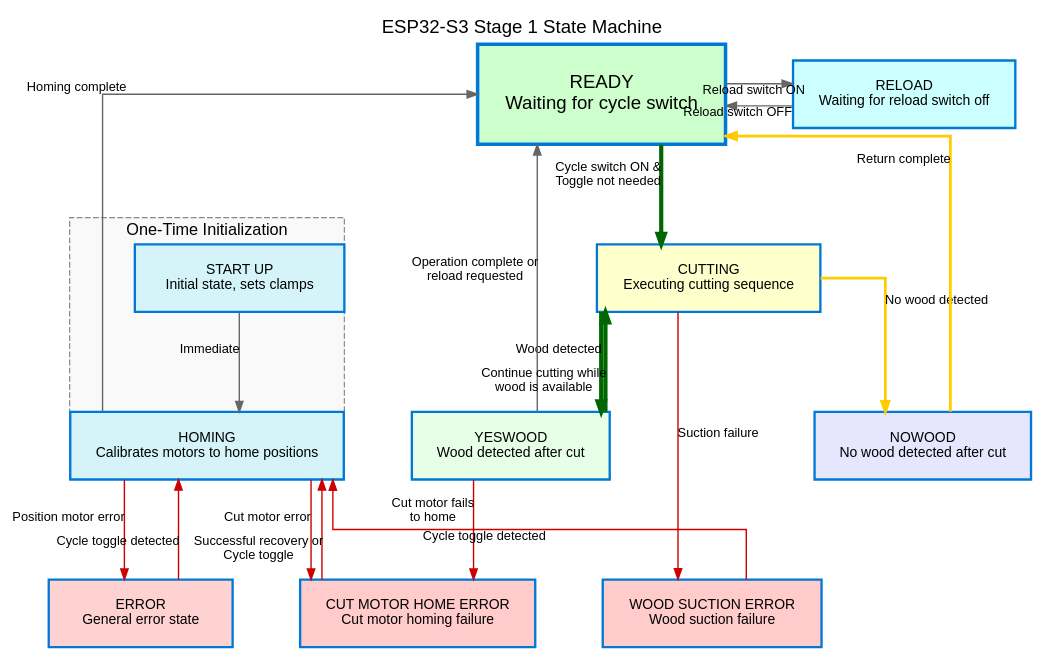
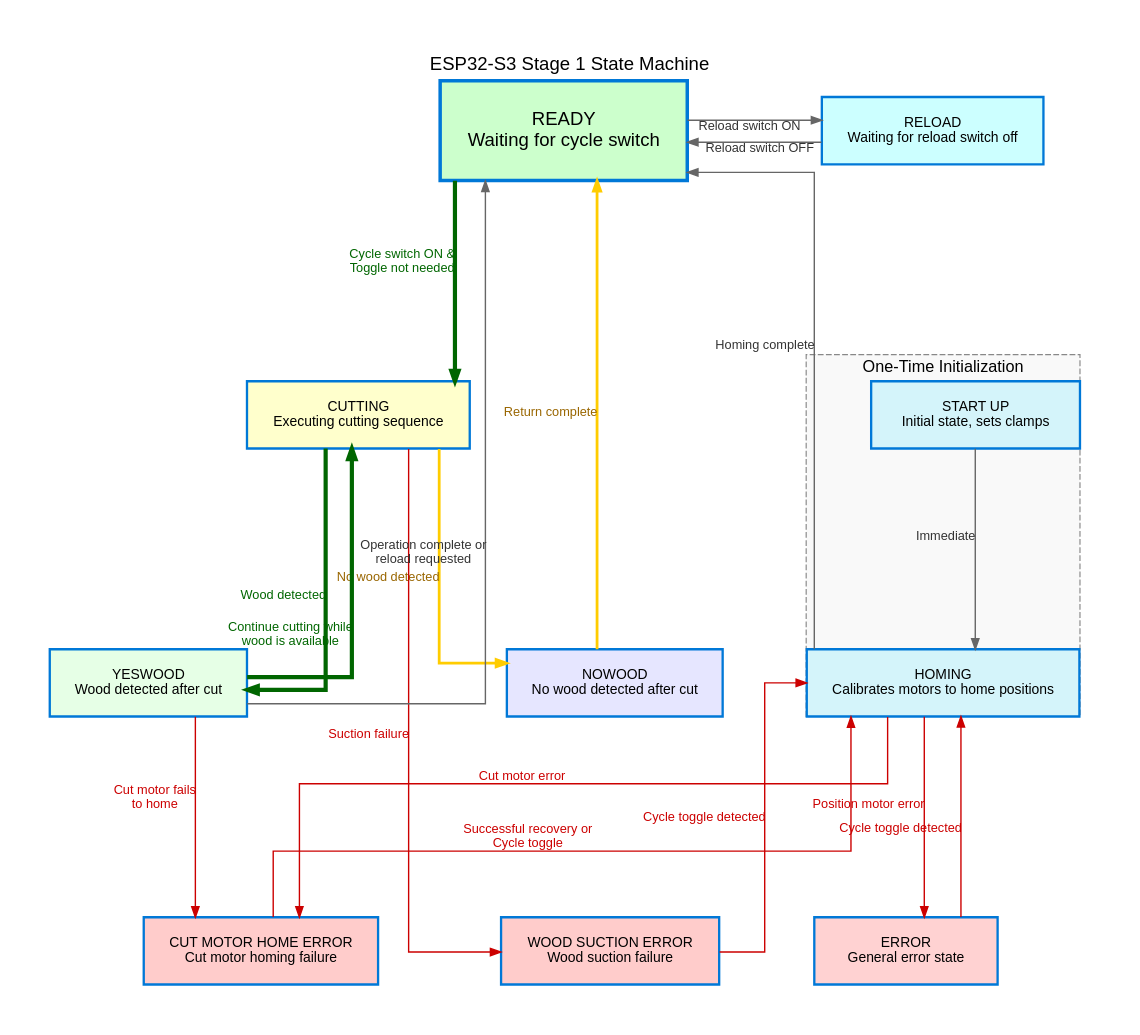
Before and after one commit to akivaweil/Stage-1-Mar25: the diagram in flowcharts/state_machine.dot, drawn with Graphviz. The commit also changed 1 other file, not shown here.

Commit message:
Update flowchart: improve label placement to prevent cutting through lines

```diff
--- a/flowcharts/state_machine.dot
+++ b/flowcharts/state_machine.dot
@@ -1,92 +1,97 @@
 digraph StateMachine {
     // Basic graph settings for layout
     graph [
         rankdir = TB,         // Top to bottom layout
         fontname = "Arial",
         fontsize = 16,
         nodesep = 0.8,
         ranksep = 1.2,
         splines = ortho,      // Force orthogonal lines with clean 90-degree turns
         margin = 0.5,         // Add some margin to prevent cutoff
-        compound = true       // Allow edges between clusters
+        compound = true,      // Allow edges between clusters
+        pad = "0.5,0.5"       // Add padding to the entire graph
     ];
     
     // Node styling
     node [
         shape = box,
         style = "filled",
         fontname = "Arial",
         fontsize = 12,
         fillcolor = "#E0F4FF",
         color = "#0078D7",
         penwidth = 2.0,
         margin = "0.3,0.2",   // Add internal margin to prevent text cutoff
         height = 0.8          // Fixed height for consistency
     ];
     
     // Edge styling 
     edge [
         fontname = "Arial",
         fontsize = 11,
         color = "#666666",
         penwidth = 1.2,
-        arrowsize = 0.9
+        arrowsize = 0.9,
+        labeldistance = 2.0,   // Increase distance for external labels
+        labelangle = 0,        // Keep labels horizontal
+        decorate = false,      // Don't decorate the line
+        labelfloat = true      // Makes labels float away from lines
     ];
     
     // Title
     labelloc = "t";
     label = "ESP32-S3 Stage 1 State Machine";
     
     // State nodes with descriptive labels
     START_UP [label="START UP\nInitial state, sets clamps", fillcolor="#D4F4FA", width=2.5];
     HOMING [label="HOMING\nCalibrates motors to home positions", fillcolor="#D4F4FA", width=2.5];
     READY [label="READY\nWaiting for cycle switch", fillcolor="#CCFFCC", fontsize=16, width=2.0, height=1.2, penwidth=3.0];
     RELOAD [label="RELOAD\nWaiting for reload switch off", fillcolor="#CCFFFF", width=2.2];
     CUTTING [label="CUTTING\nExecuting cutting sequence", fillcolor="#FFFFCC", width=2.2];
     YESWOOD [label="YESWOOD\nWood detected after cut", fillcolor="#E6FFE6", width=2.2];
     NOWOOD [label="NOWOOD\nNo wood detected after cut", fillcolor="#E6E6FF", width=2.2];
     ERROR [label="ERROR\nGeneral error state", fillcolor="#FFD2D2", width=2.2];
     WOOD_SUCTION_ERROR [label="WOOD SUCTION ERROR\nWood suction failure", fillcolor="#FFCCCB", width=2.5];
     CUT_MOTOR_HOME_ERROR [label="CUT MOTOR HOME ERROR\nCut motor homing failure", fillcolor="#FFCCCB", width=2.5];
     
     // Define initialization section
     subgraph cluster_init {
         label = "One-Time Initialization";
         style = "dashed";
         color = "#888888";
         fontsize = 14;
         bgcolor = "#F9F9F9";
         START_UP; HOMING;
     }
     
-    // Transition edges
-    START_UP -> HOMING [xlabel="Immediate"];
+    // Transition edges with styled labels
+    START_UP -> HOMING [xlabel="Immediate", fontcolor="#333333", minlen=2];
     
-    HOMING -> READY [xlabel="Homing complete"];
-    HOMING -> ERROR [xlabel="Position motor error", color="#CC0000"];
-    HOMING -> CUT_MOTOR_HOME_ERROR [xlabel="Cut motor error", color="#CC0000"];
+    HOMING -> READY [xlabel="Homing complete", fontcolor="#333333", minlen=2];
+    HOMING -> ERROR [xlabel="Position motor error", color="#CC0000", fontcolor="#CC0000", minlen=2];
+    HOMING -> CUT_MOTOR_HOME_ERROR [xlabel="Cut motor error", color="#CC0000", fontcolor="#CC0000", minlen=2];
     
-    READY -> RELOAD [xlabel="Reload switch ON"];
-    READY -> CUTTING [xlabel="Cycle switch ON &\nToggle not needed", color="#006600", penwidth=3.6];
+    READY -> RELOAD [xlabel="Reload switch ON", fontcolor="#333333", minlen=2];
+    READY -> CUTTING [xlabel="Cycle switch ON &\nToggle not needed", color="#006600", penwidth=3.6, fontcolor="#006600", minlen=2];
     
-    RELOAD -> READY [xlabel="Reload switch OFF"];
+    RELOAD -> READY [xlabel="Reload switch OFF", fontcolor="#333333", minlen=2];
     
-    CUTTING -> YESWOOD [xlabel="Wood detected", color="#006600", penwidth=3.6];
-    CUTTING -> NOWOOD [xlabel="No wood detected", color="#FFCC00", penwidth=2.4];
-    CUTTING -> WOOD_SUCTION_ERROR [xlabel="Suction failure", color="#CC0000"];
+    CUTTING -> YESWOOD [xlabel="Wood detected", color="#006600", penwidth=3.6, fontcolor="#006600", minlen=2];
+    CUTTING -> NOWOOD [xlabel="No wood detected", color="#FFCC00", penwidth=2.4, fontcolor="#996600", minlen=2];
+    CUTTING -> WOOD_SUCTION_ERROR [xlabel="Suction failure", color="#CC0000", fontcolor="#CC0000", minlen=2];
     
-    YESWOOD -> READY [xlabel="Operation complete or\nreload requested"];
-    YESWOOD -> CUTTING [xlabel="Continue cutting while\nwood is available", color="#006600", penwidth=3.6];
-    YESWOOD -> CUT_MOTOR_HOME_ERROR [xlabel="Cut motor fails\nto home", color="#CC0000"];
+    YESWOOD -> READY [xlabel="Operation complete or\nreload requested", fontcolor="#333333", minlen=2];
+    YESWOOD -> CUTTING [xlabel="Continue cutting while\nwood is available", color="#006600", penwidth=3.6, fontcolor="#006600", minlen=2];
+    YESWOOD -> CUT_MOTOR_HOME_ERROR [xlabel="Cut motor fails\nto home", color="#CC0000", fontcolor="#CC0000", minlen=2];
     
-    NOWOOD -> READY [xlabel="Return complete", color="#FFCC00", penwidth=2.4];
+    NOWOOD -> READY [xlabel="Return complete", color="#FFCC00", penwidth=2.4, fontcolor="#996600", minlen=2];
     
-    ERROR -> HOMING [xlabel="Cycle toggle detected", color="#CC0000"];
-    WOOD_SUCTION_ERROR -> HOMING [xlabel="Cycle toggle detected", color="#CC0000"];
-    CUT_MOTOR_HOME_ERROR -> HOMING [xlabel="Successful recovery or\nCycle toggle", color="#CC0000"];
+    ERROR -> HOMING [xlabel="Cycle toggle detected", color="#CC0000", fontcolor="#CC0000", minlen=2];
+    WOOD_SUCTION_ERROR -> HOMING [xlabel="Cycle toggle detected", color="#CC0000", fontcolor="#CC0000", minlen=2];
+    CUT_MOTOR_HOME_ERROR -> HOMING [xlabel="Successful recovery or\nCycle toggle", color="#CC0000", fontcolor="#CC0000", minlen=2];
     
     // Layout constraints
     { rank=same; READY RELOAD }
     { rank=same; YESWOOD NOWOOD }
     { rank=same; ERROR WOOD_SUCTION_ERROR CUT_MOTOR_HOME_ERROR }
 } 
```
